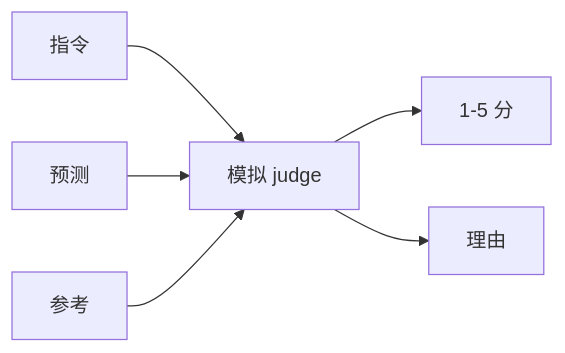
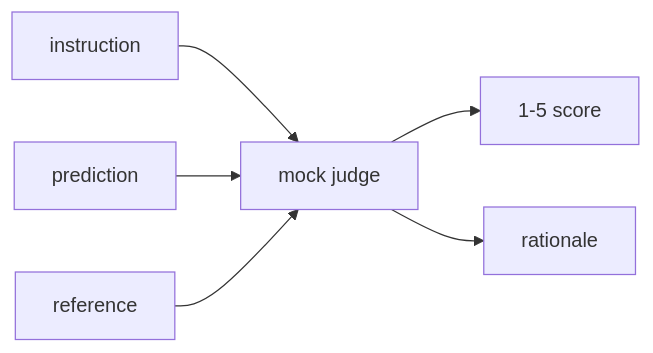
Before and after one commit to xiaojiaenen/ai-engineering-from-scratch-zh: the second of 3 diagrams in i18n/zh/phases/19-capstone-projects/41-eval-pipeline/docs/zh.md, drawn with Mermaid. The commit also changed other lines of this file and 85 other files, not shown here.

````diff
--- a/i18n/zh/phases/19-capstone-projects/41-eval-pipeline/docs/zh.md
+++ b/i18n/zh/phases/19-capstone-projects/41-eval-pipeline/docs/zh.md
@@ -86,8 +86,8 @@
 ```mermaid
 flowchart LR
-  Inst[指令] --> Judge[模拟 judge]
-  Pred[预测] --> Judge
-  Ref[参考] --> Judge
-  Judge --> Score[1-5 分]
-  Judge --> Why[理由]
+  Inst[instruction] --> Judge[mock judge]
+  Pred[prediction] --> Judge
+  Ref[reference] --> Judge
+  Judge --> Score[1-5 score]
+  Judge --> Why[rationale]
 ```
````
